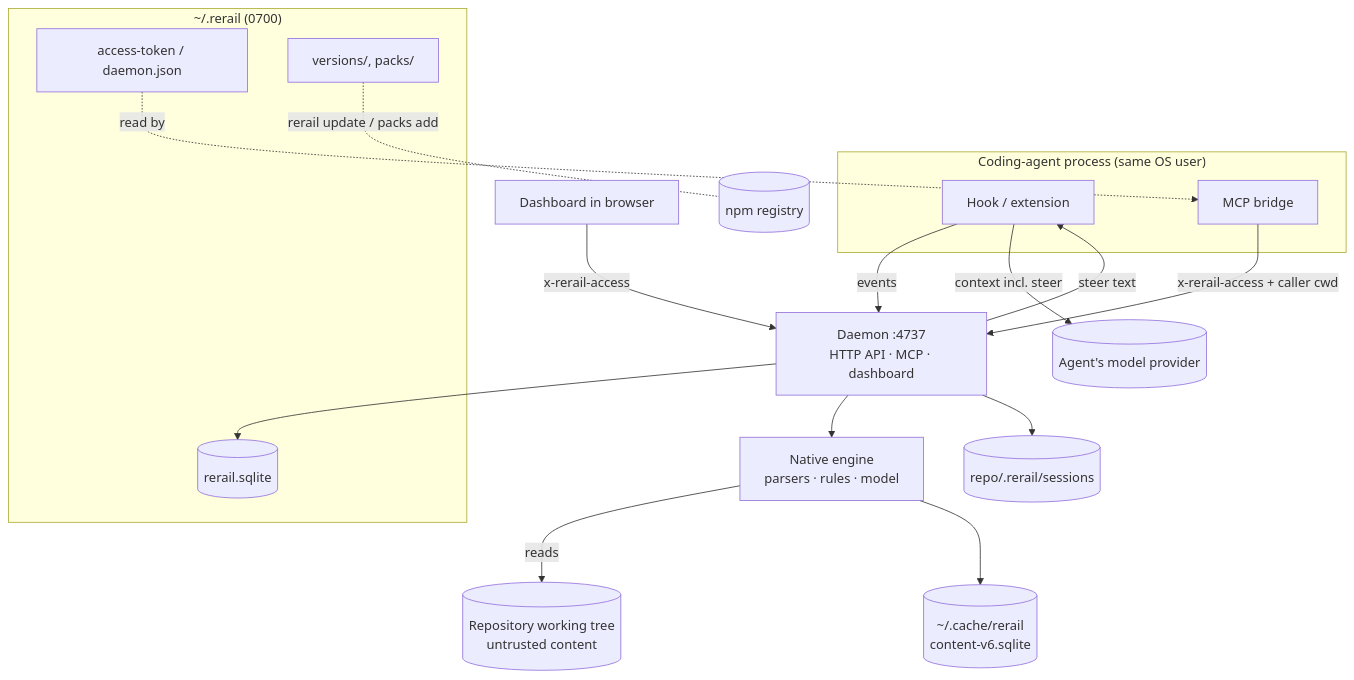
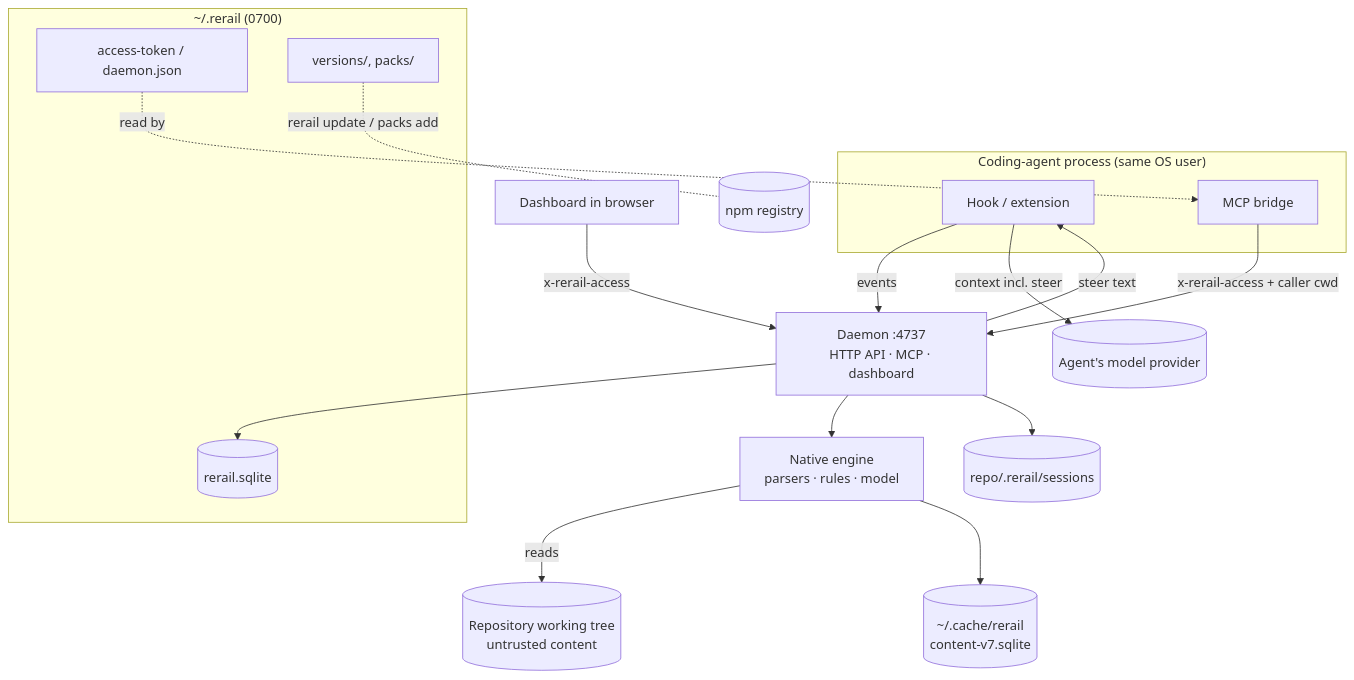
One commit to neralabs/rerail changed the diagram in docs/threat-model.md. Above: the diagram before and after it, drawn with Mermaid. The commit also changed other lines of this file and 20 other files, not shown here.

````diff
--- a/docs/threat-model.md
+++ b/docs/threat-model.md
@@ -22,33 +22,33 @@
 ```mermaid
 flowchart TD
   subgraph Agent["Coding-agent process (same OS user)"]
     H[Hook / extension]
     B[MCP bridge]
   end
   Repo[(Repository working tree<br/>untrusted content)]
   subgraph Home["~/.rerail (0700)"]
     DB[(rerail.sqlite)]
     Tok[access-token / daemon.json]
     Ver[versions/, packs/]
   end
-  Cache[(~/.cache/rerail<br/>content-v6.sqlite)]
+  Cache[(~/.cache/rerail<br/>content-v7.sqlite)]
   Ledger[(repo/.rerail/sessions)]
   D[Daemon :4737<br/>HTTP API · MCP · dashboard]
   E[Native engine<br/>parsers · rules · model]
   Browser[Dashboard in browser]
   NPM[(npm registry)]
   Provider[(Agent's model provider)]
 
   H -- events --> D
   B -- x-rerail-access + caller cwd --> D
   Browser -- x-rerail-access --> D
   D --> E
   E -- reads --> Repo
   D --> DB
   D --> Ledger
   E --> Cache
   D -- steer text --> H
   H -- context incl. steer --> Provider
   Ver -. rerail update / packs add .- NPM
   Tok -. read by .-> B
 ```
````
